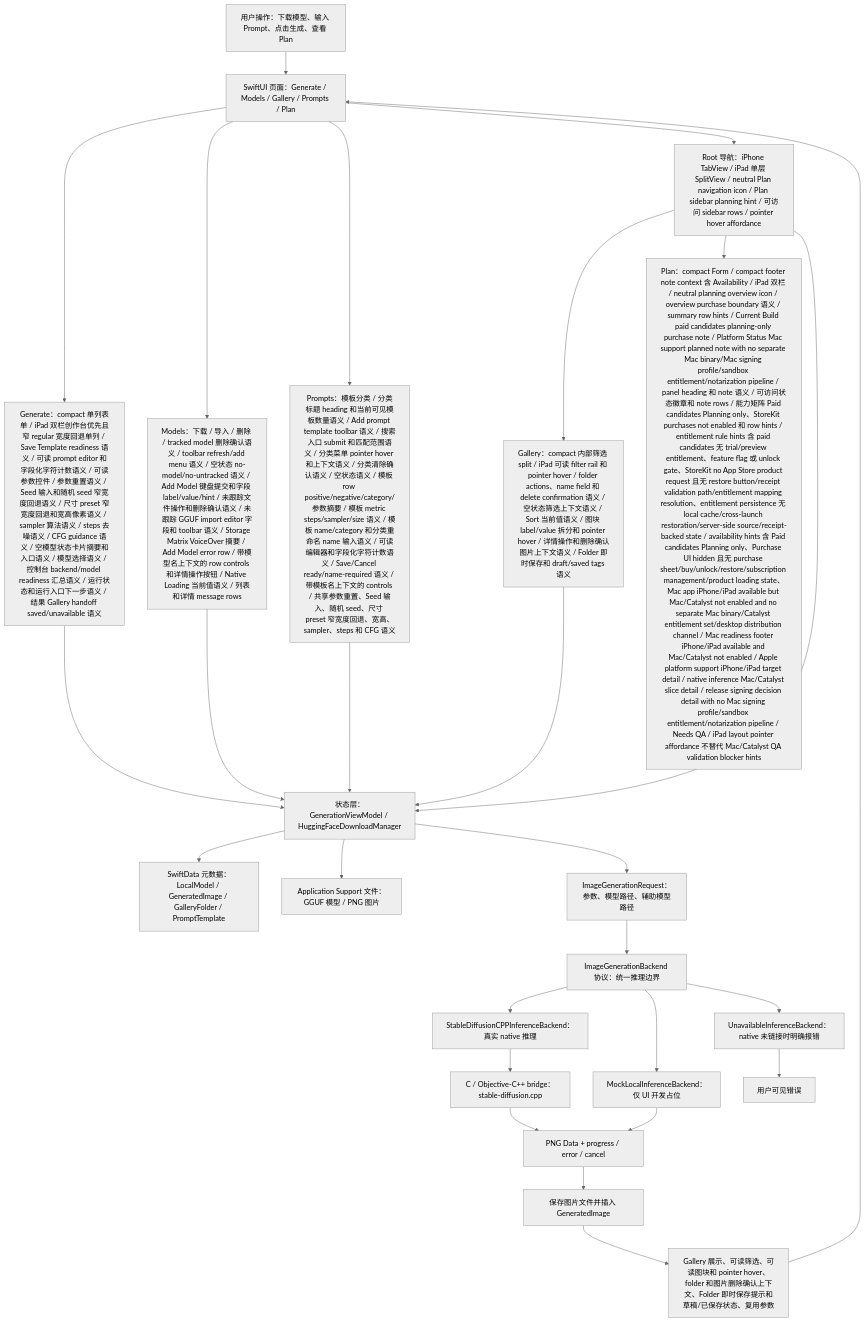
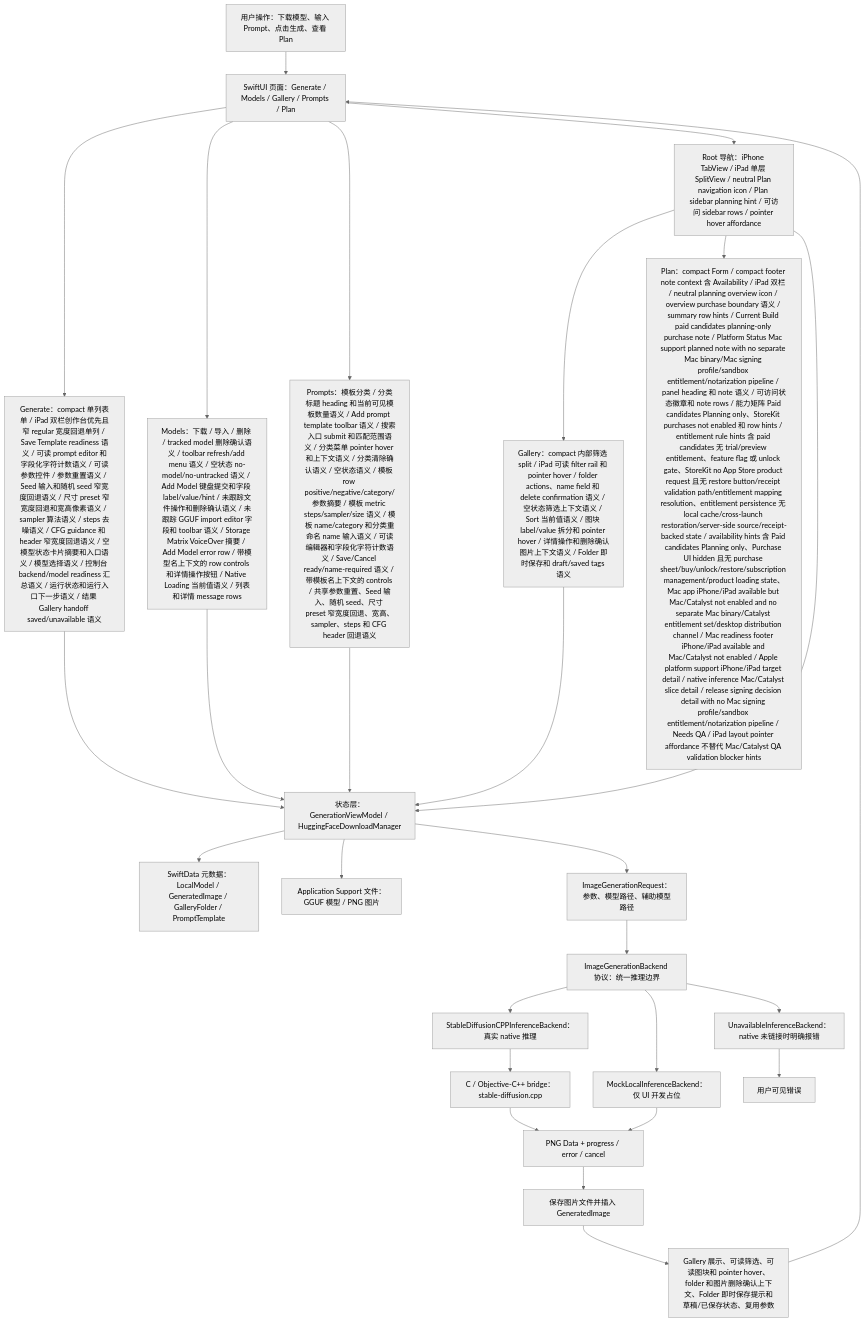
Before and after one commit to Altman-sam114/118: the first of 7 diagrams in md/flow/flowchart.md, drawn with Mermaid (neutral theme). The commit also changed 5 other files, not shown here.

First line of the commit message:
v1.122: CFG header width fallback

````diff
--- a/md/flow/flowchart.md
+++ b/md/flow/flowchart.md
@@ -9,29 +9,29 @@
 ```mermaid
 flowchart TD
   U["用户操作：下载模型、输入 Prompt、点击生成、查看 Plan"] --> UI["SwiftUI 页面：Generate / Models / Gallery / Prompts / Plan"]
-  UI --> GENUI["Generate：compact 单列表单 / iPad 双栏创作台优先且窄 regular 宽度回退单列 / Save Template readiness 语义 / 可读 prompt editor 和字段化字符计数语义 / 可读参数控件 / 参数重置语义 / Seed 输入和随机 seed 窄宽度回退语义 / 尺寸 preset 窄宽度回退和宽高像素语义 / sampler 算法语义 / steps 去噪语义 / CFG guidance 语义 / 空模型状态卡片摘要和入口语义 / 模型选择语义 / 控制台 backend/model readiness 汇总语义 / 运行状态和运行入口下一步语义 / 结果 Gallery handoff saved/unavailable 语义"]
+  UI --> GENUI["Generate：compact 单列表单 / iPad 双栏创作台优先且窄 regular 宽度回退单列 / Save Template readiness 语义 / 可读 prompt editor 和字段化字符计数语义 / 可读参数控件 / 参数重置语义 / Seed 输入和随机 seed 窄宽度回退语义 / 尺寸 preset 窄宽度回退和宽高像素语义 / sampler 算法语义 / steps 去噪语义 / CFG guidance 和 header 窄宽度回退语义 / 空模型状态卡片摘要和入口语义 / 模型选择语义 / 控制台 backend/model readiness 汇总语义 / 运行状态和运行入口下一步语义 / 结果 Gallery handoff saved/unavailable 语义"]
   UI --> MODELUI["Models：下载 / 导入 / 删除 / tracked model 删除确认语义 / toolbar refresh/add menu 语义 / 空状态 no-model/no-untracked 语义 / Add Model 键盘提交和字段 label/value/hint / 未跟踪文件操作和删除确认语义 / 未跟踪 GGUF import editor 字段和 toolbar 语义 / Storage Matrix VoiceOver 摘要 / Add Model error row / 带模型名上下文的 row controls 和详情操作按钮 / Native Loading 当前值语义 / 列表和详情 message rows"]
-  UI --> PROMPTUI["Prompts：模板分类 / 分类标题 heading 和当前可见模板数量语义 / Add prompt template toolbar 语义 / 搜索入口 submit 和匹配范围语义 / 分类菜单 pointer hover 和上下文语义 / 分类清除确认语义 / 空状态语义 / 模板 row positive/negative/category/参数摘要 / 模板 metric steps/sampler/size 语义 / 模板 name/category 和分类重命名 name 输入语义 / 可读编辑器和字段化字符计数语义 / Save/Cancel ready/name-required 语义 / 带模板名上下文的 controls / 共享参数重置、Seed 输入、随机 seed、尺寸 preset 窄宽度回退、宽高、sampler、steps 和 CFG 语义"]
+  UI --> PROMPTUI["Prompts：模板分类 / 分类标题 heading 和当前可见模板数量语义 / Add prompt template toolbar 语义 / 搜索入口 submit 和匹配范围语义 / 分类菜单 pointer hover 和上下文语义 / 分类清除确认语义 / 空状态语义 / 模板 row positive/negative/category/参数摘要 / 模板 metric steps/sampler/size 语义 / 模板 name/category 和分类重命名 name 输入语义 / 可读编辑器和字段化字符计数语义 / Save/Cancel ready/name-required 语义 / 带模板名上下文的 controls / 共享参数重置、Seed 输入、随机 seed、尺寸 preset 窄宽度回退、宽高、sampler、steps 和 CFG header 回退语义"]
   UI --> NAV["Root 导航：iPhone TabView / iPad 单层 SplitView / neutral Plan navigation icon / Plan sidebar planning hint / 可访问 sidebar rows / pointer hover affordance"]
   NAV --> GALUI["Gallery：compact 内部筛选 split / iPad 可读 filter rail 和 pointer hover / folder actions、name field 和 delete confirmation 语义 / 空状态筛选上下文语义 / Sort 当前值语义 / 图块 label/value 拆分和 pointer hover / 详情操作和删除确认图片上下文语义 / Folder 即时保存和 draft/saved tags 语义"]
   NAV --> PLANUI["Plan：compact Form / compact footer note context 含 Availability / iPad 双栏 / neutral planning overview icon / overview purchase boundary 语义 / summary row hints / Current Build paid candidates planning-only purchase note / Platform Status Mac support planned note with no separate Mac binary/Mac signing profile/sandbox entitlement/notarization pipeline / panel heading 和 note 语义 / 可访问状态徽章和 note rows / 能力矩阵 Paid candidates Planning only、StoreKit purchases not enabled 和 row hints / entitlement rule hints 含 paid candidates 无 trial/preview entitlement、feature flag 或 unlock gate、StoreKit no App Store product request 且无 restore button/receipt validation path/entitlement mapping resolution、entitlement persistence 无 local cache/cross-launch restoration/server-side source/receipt-backed state / availability hints 含 Paid candidates Planning only、Purchase UI hidden 且无 purchase sheet/buy/unlock/restore/subscription management/product loading state、Mac app iPhone/iPad available but Mac/Catalyst not enabled and no separate Mac binary/Catalyst entitlement set/desktop distribution channel / Mac readiness footer iPhone/iPad available and Mac/Catalyst not enabled / Apple platform support iPhone/iPad target detail / native inference Mac/Catalyst slice detail / release signing decision detail with no Mac signing profile/sandbox entitlement/notarization pipeline / Needs QA / iPad layout pointer affordance 不替代 Mac/Catalyst QA validation blocker hints"]
   NAV --> VM["状态层：GenerationViewModel / HuggingFaceDownloadManager"]
   GENUI --> VM
   MODELUI --> VM
   PROMPTUI --> VM
   GALUI --> VM
   VM --> SD["SwiftData 元数据：LocalModel / GeneratedImage / GalleryFolder / PromptTemplate"]
   VM --> FS["Application Support 文件：GGUF 模型 / PNG 图片"]
   VM --> REQ["ImageGenerationRequest：参数、模型路径、辅助模型路径"]
   REQ --> IFACE["ImageGenerationBackend 协议：统一推理边界"]
   IFACE --> NATIVE["StableDiffusionCPPInferenceBackend：真实 native 推理"]
   IFACE --> MOCK["MockLocalInferenceBackend：仅 UI 开发占位"]
   IFACE --> OFF["UnavailableInferenceBackend：native 未链接时明确报错"]
   NATIVE --> BRIDGE["C / Objective-C++ bridge：stable-diffusion.cpp"]
   BRIDGE --> PNG["PNG Data + progress / error / cancel"]
   MOCK --> PNG
   OFF --> ERR["用户可见错误"]
   PNG --> SAVE["保存图片文件并插入 GeneratedImage"]
   SAVE --> GALLERY["Gallery 展示、可读筛选、可读图块和 pointer hover、folder 和图片删除确认上下文、Folder 即时保存提示和草稿/已保存状态、复用参数"]
   GALLERY --> UI
 ```
````
